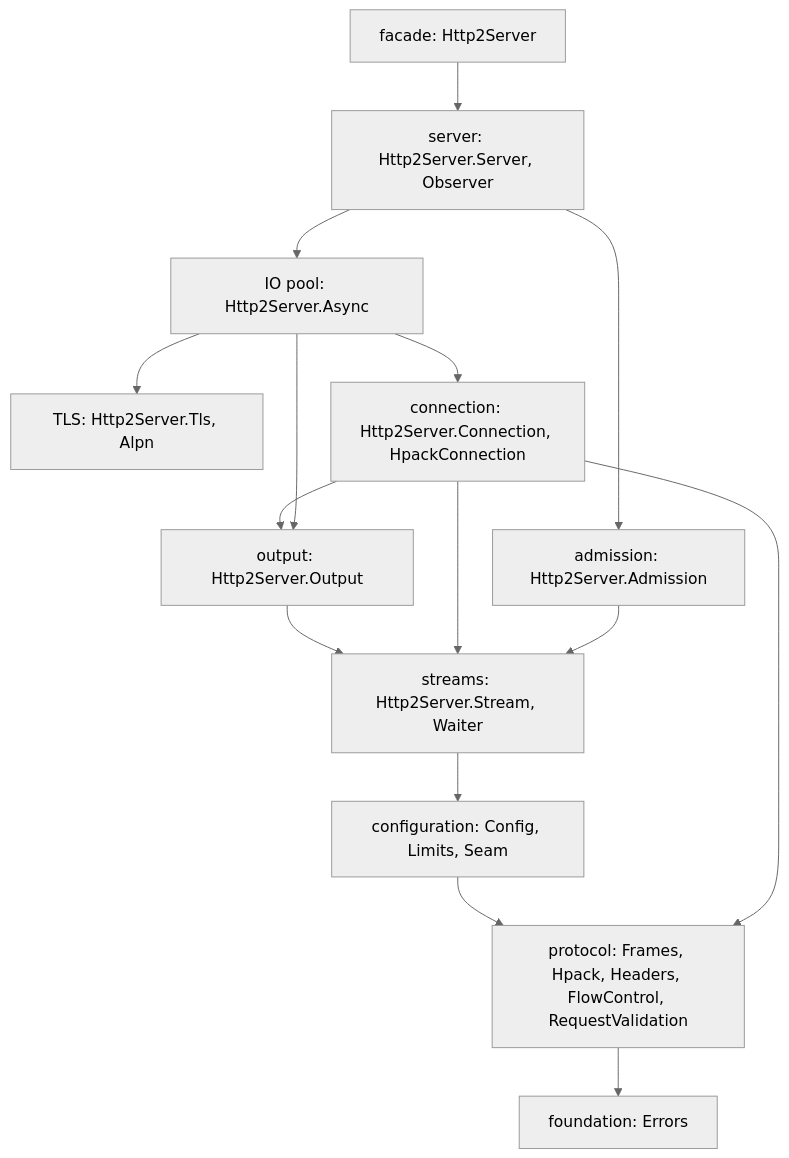
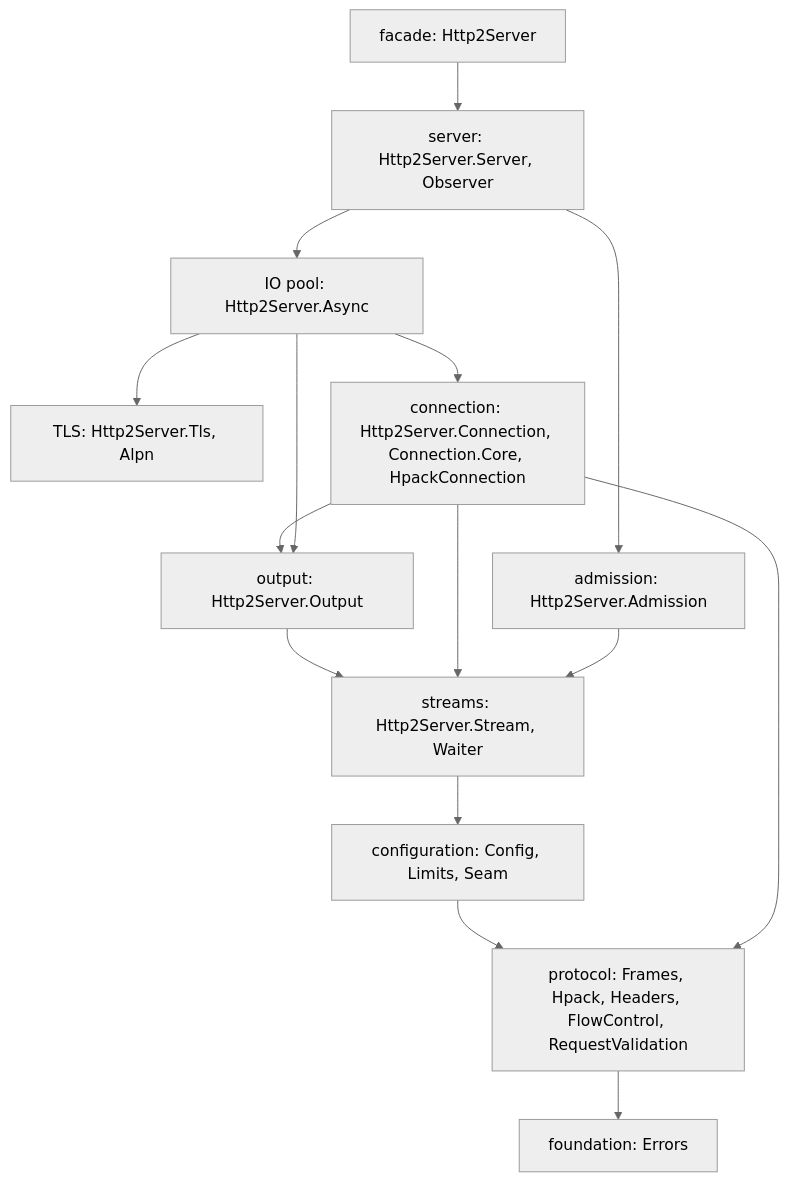
Before and after one commit to lscoughlin/http2server: the diagram in doc/design/architecture.md, drawn with Mermaid (neutral theme). The commit also changed other lines of this file and 6 other files, not shown here.

First line of the commit message:
refactor(connection): split the connection core into a base unit and the frame handlers

````diff
--- a/doc/design/architecture.md
+++ b/doc/design/architecture.md
@@ -45,29 +45,29 @@
 ```mermaid
 flowchart TD
     F["facade: Http2Server"]
     SRV["server: Http2Server.Server, Observer"]
     IO["IO pool: Http2Server.Async"]
     TLS["TLS: Http2Server.Tls, Alpn"]
     ADM["admission: Http2Server.Admission"]
-    CORE["connection: Http2Server.Connection, HpackConnection"]
+    CORE["connection: Http2Server.Connection, Connection.Core, HpackConnection"]
     OUT["output: Http2Server.Output"]
     STREAM["streams: Http2Server.Stream, Waiter"]
     CFG["configuration: Config, Limits, Seam"]
     PROTO["protocol: Frames, Hpack, Headers, FlowControl, RequestValidation"]
     ERR["foundation: Errors"]
 
     F --> SRV
     SRV --> IO
     SRV --> ADM
     IO --> TLS
     IO --> CORE
     IO --> OUT
     ADM --> STREAM
     CORE --> OUT
     CORE --> STREAM
     CORE --> PROTO
     OUT --> STREAM
     STREAM --> CFG
     CFG --> PROTO
     PROTO --> ERR
 ```
````
